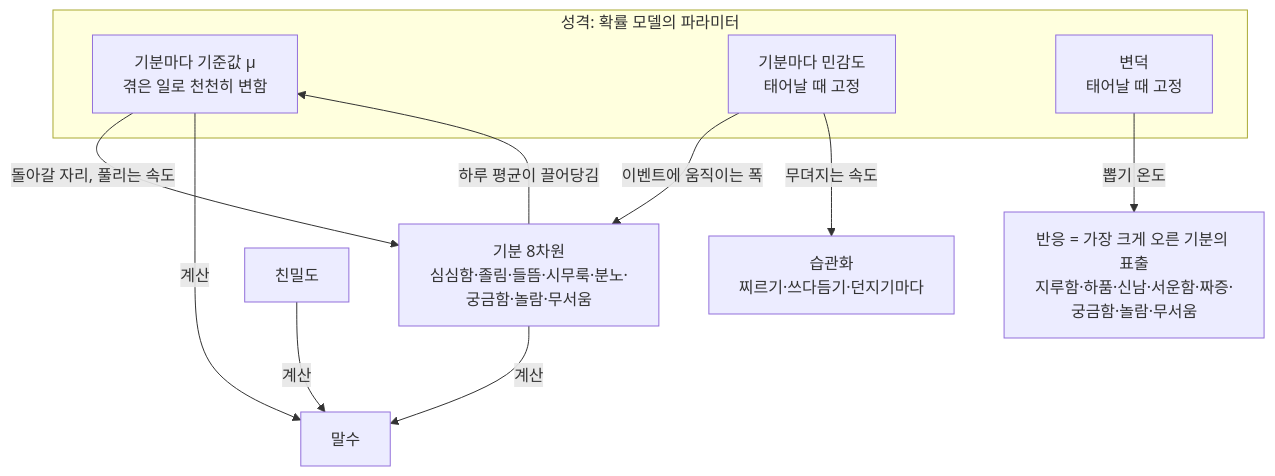
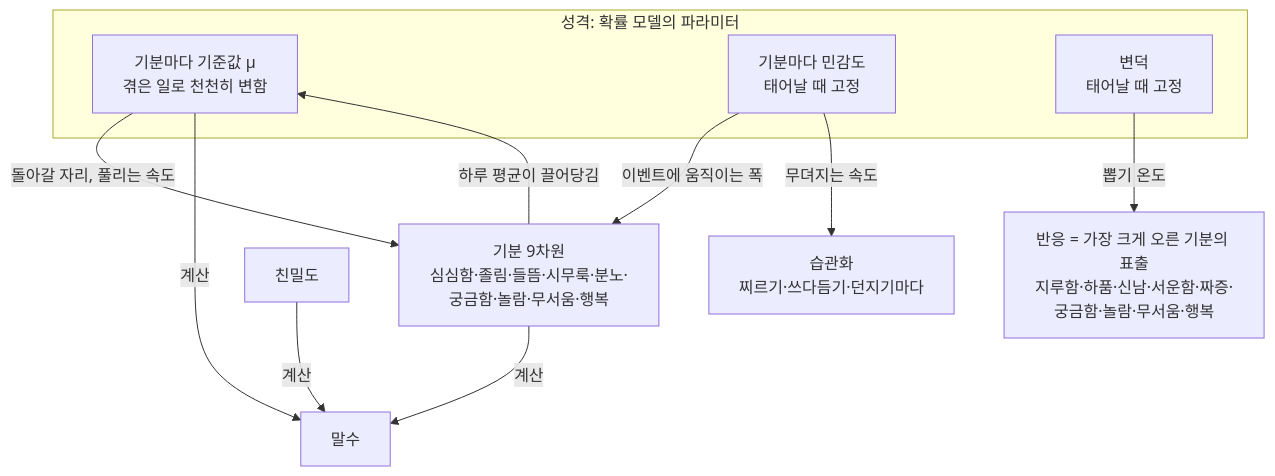
Before and after one commit to HEOSEONGILml/AssistantChatBot: the second of 5 diagrams in ARCHITECTURE.md, drawn with Mermaid. The commit also changed other lines of this file and 19 other files, not shown here.

````diff
--- a/ARCHITECTURE.md
+++ b/ARCHITECTURE.md
@@ -67,18 +67,18 @@
 ```mermaid
 flowchart TB
   subgraph 성격[성격: 확률 모델의 파라미터]
     MU[기분마다 기준값 μ<br>겪은 일로 천천히 변함]
     S[기분마다 민감도<br>태어날 때 고정]
     W[변덕<br>태어날 때 고정]
   end
-  M[기분 8차원<br>심심함·졸림·들뜸·시무룩·분노·궁금함·놀람·무서움]
+  M[기분 9차원<br>심심함·졸림·들뜸·시무룩·분노·궁금함·놀람·무서움·행복]
   I[친밀도]
   H[습관화<br>찌르기·쓰다듬기·던지기마다]
-  R[반응 = 가장 크게 오른 기분의 표출<br>지루함·하품·신남·서운함·짜증·궁금함·놀람·무서움]
+  R[반응 = 가장 크게 오른 기분의 표출<br>지루함·하품·신남·서운함·짜증·궁금함·놀람·무서움·행복]
   MU -- 돌아갈 자리, 풀리는 속도 --> M
   S -- 이벤트에 움직이는 폭 --> M
   S -- 무뎌지는 속도 --> H
   M -- 하루 평균이 끌어당김 --> MU
   M & I & MU -- 계산 --> TALK[말수]
   W -- 뽑기 온도 --> R
 ```
````
